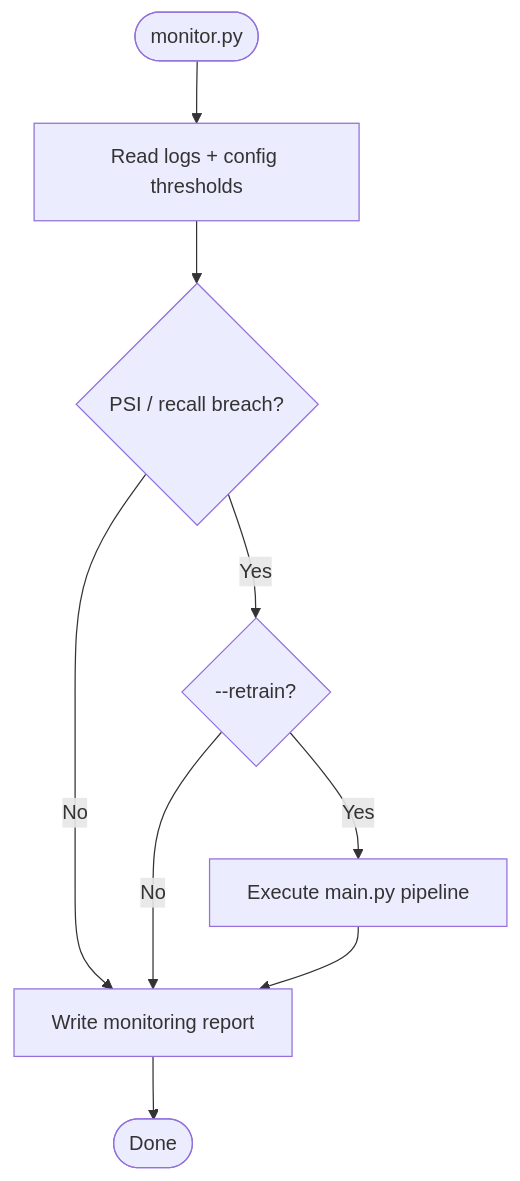
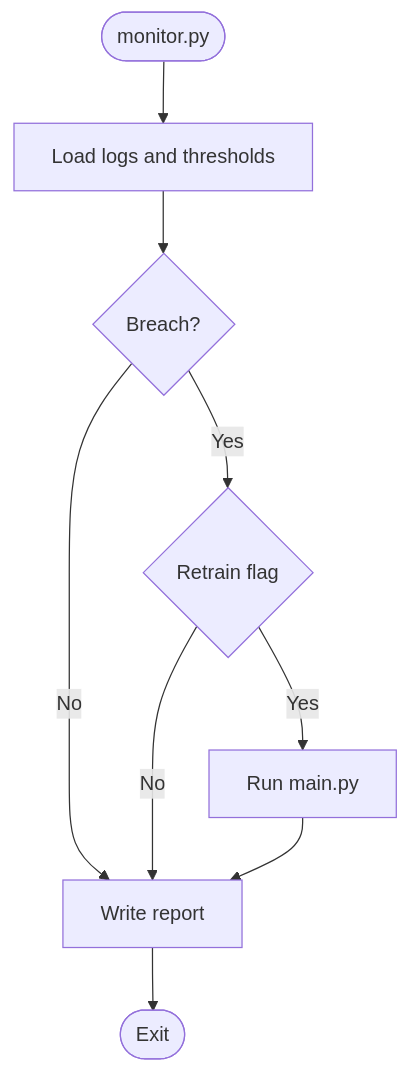
Before and after one commit to nhahub/NHA-4-190: the sixth of 9 diagrams in docs/03_system_design.md, drawn with Mermaid. The commit also changed other lines of this file and 8 other files, not shown here.

````diff
--- a/docs/03_system_design.md
+++ b/docs/03_system_design.md
@@ -121,11 +120,11 @@
 ```mermaid
 flowchart TD
-  Start([monitor.py]) --> Read[Read logs + config thresholds]
-  Read --> PSI{PSI / recall breach?}
-  PSI -->|No| Report[Write monitoring report]
-  PSI -->|Yes| Retrain{--retrain?}
+  Start([monitor.py]) --> Read[Load logs and thresholds]
+  Read --> Check{Breach?}
+  Check -->|No| Report[Write report]
+  Check -->|Yes| Retrain{Retrain flag}
   Retrain -->|No| Report
-  Retrain -->|Yes| Run[Execute main.py pipeline]
+  Retrain -->|Yes| Run[Run main.py]
   Run --> Report
-  Report --> End([Done])
+  Report --> End([Exit])
 ```
````
